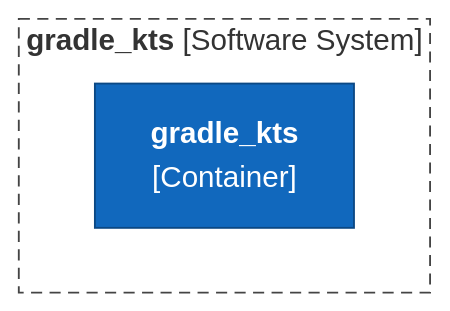
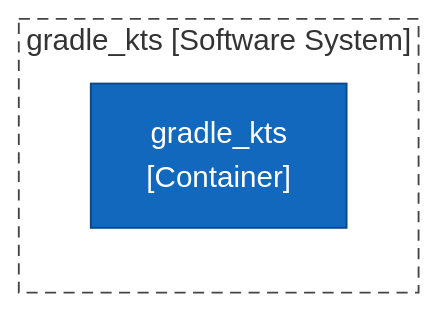
The first of 3 diagrams in tests/golden/gradle_kts/output/ArchitectureReport.md (ythalorossy/architecture-skills), drawn with Mermaid before and after one commit. The commit also changed other lines of this file and 51 other files, not shown here.

First line of the commit message:
fix(render): plain diagram labels keep the characters in code names

````diff
--- a/tests/golden/gradle_kts/output/ArchitectureReport.md
+++ b/tests/golden/gradle_kts/output/ArchitectureReport.md
@@ -27,15 +27,14 @@
 ```mermaid
 flowchart TB
-    subgraph boundary["`**gradle_kts** [Software System]`"]
-        gradle_kts["`**gradle_kts**
-[Container]`"]
+    subgraph boundary["gradle_kts [Software System]"]
+        gradle_kts["gradle_kts<br/>[Container]"]
     end
     classDef person fill:#08427b,stroke:#052e56,color:#ffffff
     classDef container fill:#1168bd,stroke:#0b4884,color:#ffffff
     classDef system fill:#1168bd,stroke:#0b4884,color:#ffffff
     classDef component fill:#85bbf0,stroke:#5d82a8,color:#000000
     classDef external fill:#999999,stroke:#6b6b6b,color:#ffffff
     classDef shared fill:#dbe9f6,stroke:#5d82a8,color:#000000,stroke-dasharray:4 3
     class gradle_kts container
     style boundary fill:none,stroke:#444444,stroke-dasharray:6 4
 ```
````
